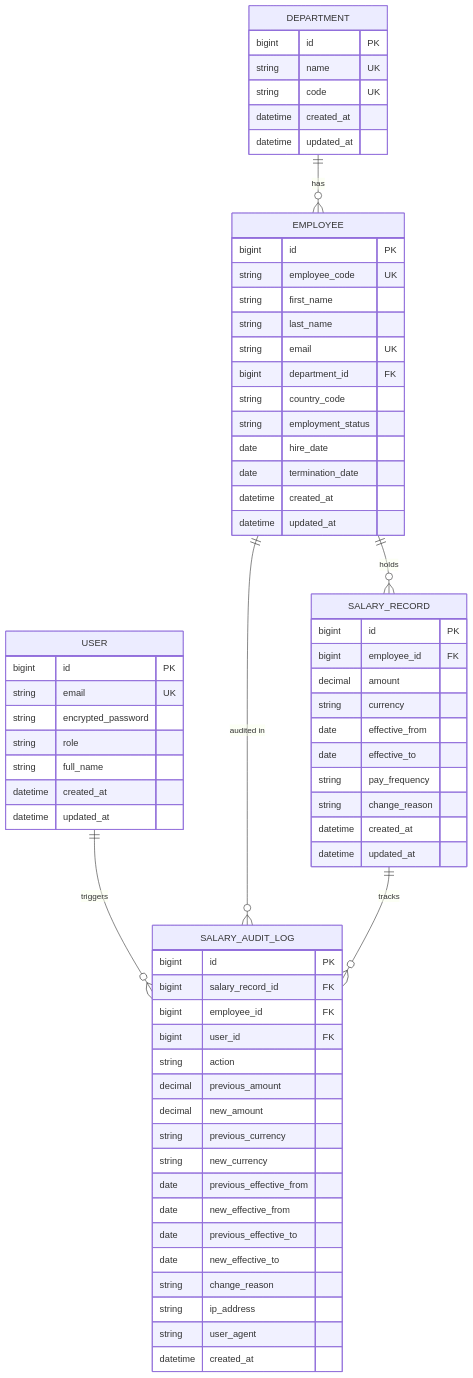
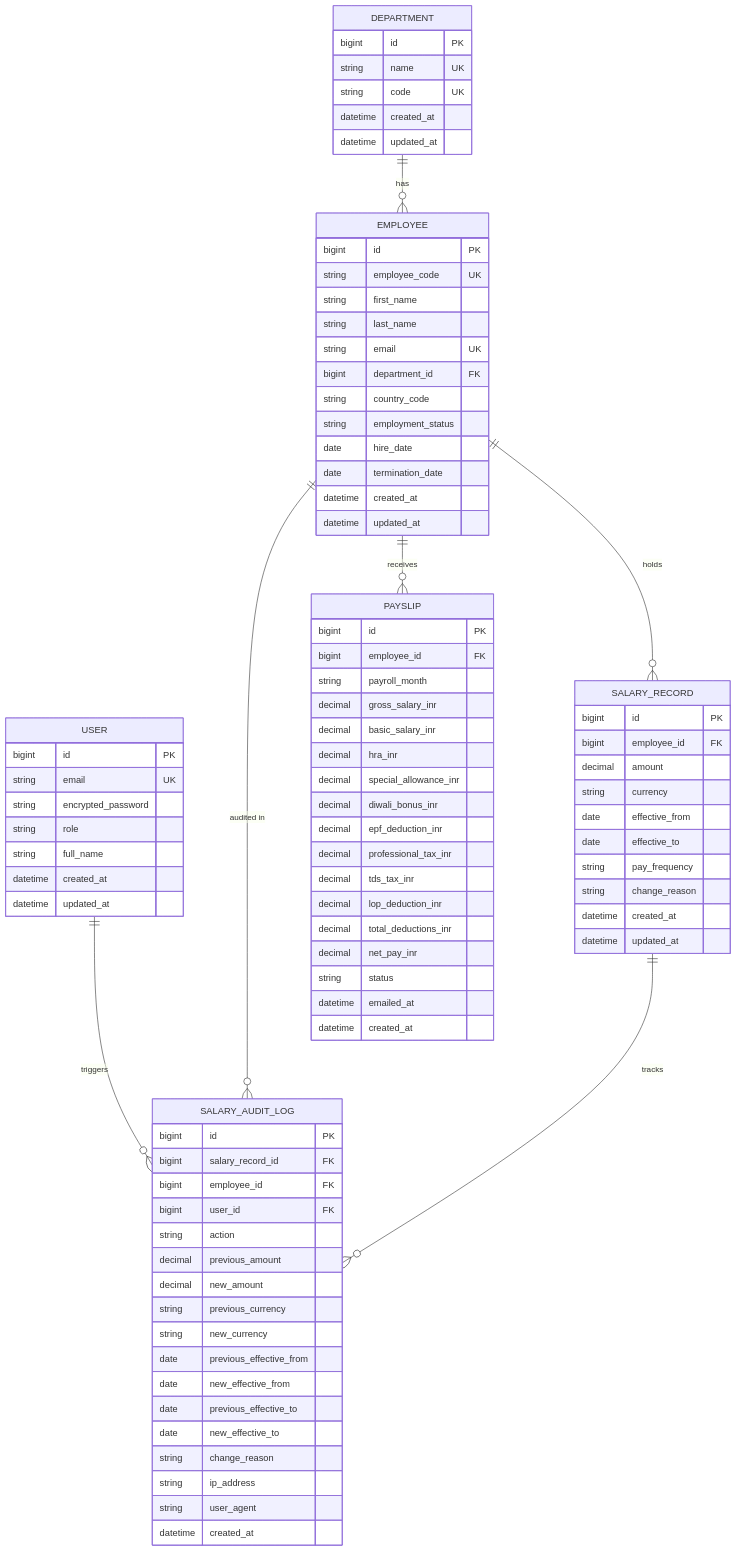
Before and after one commit to manikandanrordev-alt/acme-salary-management: the diagram in docs/data-model.md, drawn with Mermaid. The commit also changed 21 other files, not shown here.

````diff
--- a/docs/data-model.md
+++ b/docs/data-model.md
@@ -10,6 +10,7 @@
     DEPARTMENT ||--o{ EMPLOYEE : "has"
     EMPLOYEE ||--o{ SALARY_RECORD : "holds"
     EMPLOYEE ||--o{ SALARY_AUDIT_LOG : "audited in"
+    EMPLOYEE ||--o{ PAYSLIP : "receives"
     SALARY_RECORD ||--o{ SALARY_AUDIT_LOG : "tracks"
 
     USER {
@@ -77,4 +78,24 @@
         string user_agent
         datetime created_at
     }
+
+    PAYSLIP {
+        bigint id PK
+        bigint employee_id FK
+        string payroll_month
+        decimal gross_salary_inr
+        decimal basic_salary_inr
+        decimal hra_inr
+        decimal special_allowance_inr
+        decimal diwali_bonus_inr
+        decimal epf_deduction_inr
+        decimal professional_tax_inr
+        decimal tds_tax_inr
+        decimal lop_deduction_inr
+        decimal total_deductions_inr
+        decimal net_pay_inr
+        string status
+        datetime emailed_at
+        datetime created_at
+    }
 ```
````
